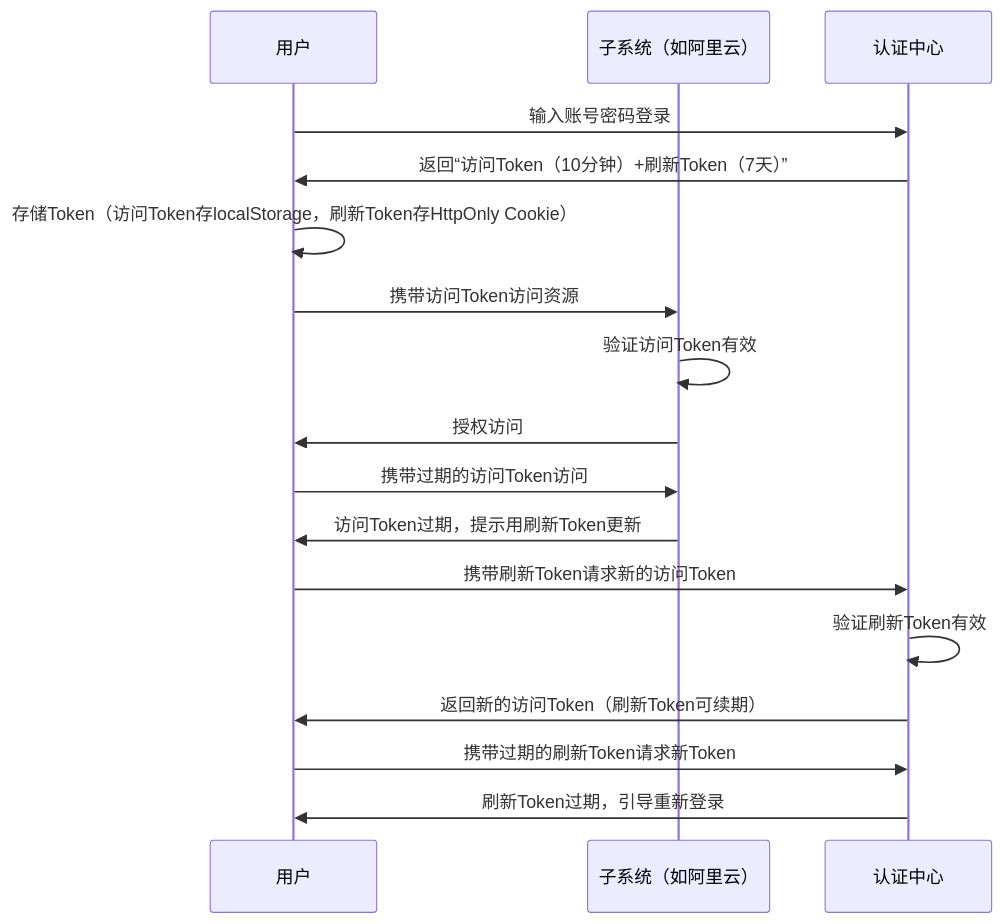
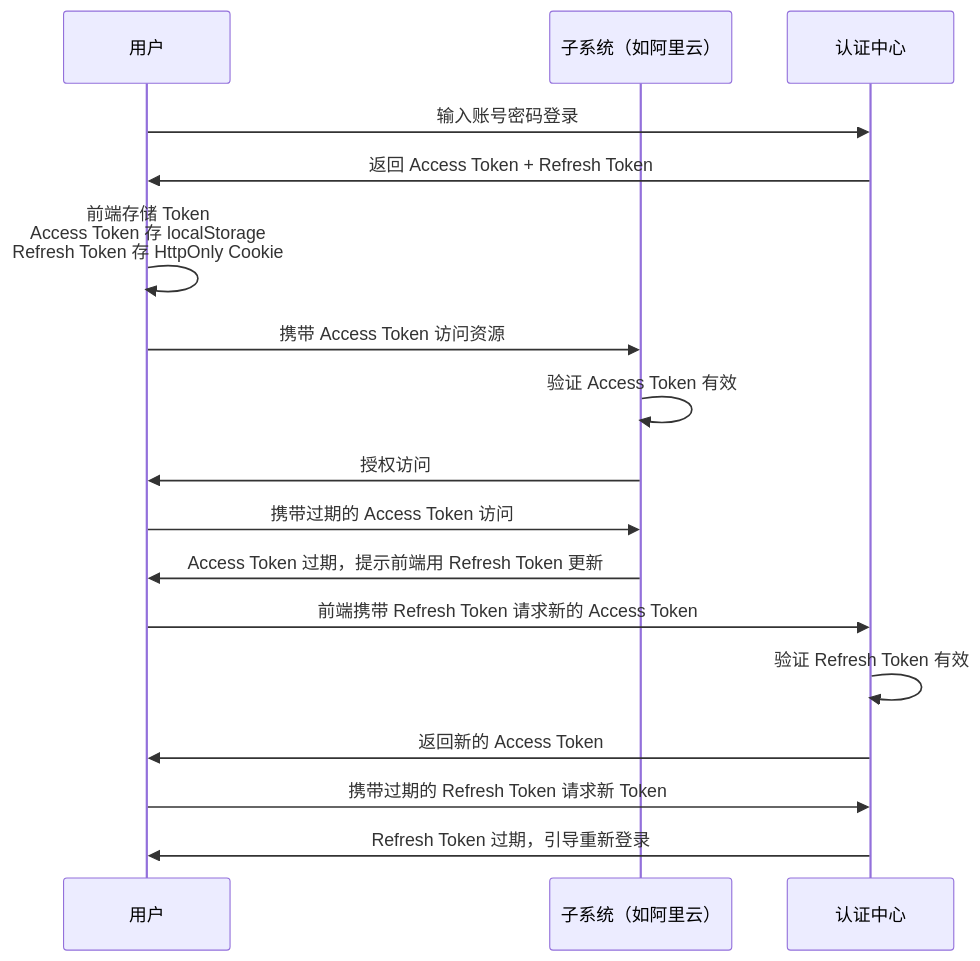
The fourth of 4 diagrams in docs/solution/single-sign-on.md (donghao-doc/donghao-doc.github.io), drawn with Mermaid before and after one commit. The commit also changed other lines of this file, not shown here.

````diff
--- a/docs/solution/single-sign-on.md
+++ b/docs/solution/single-sign-on.md
@@ -88,27 +88,23 @@
 ```mermaid
 sequenceDiagram
     participant User as 用户
     participant SubAliyun as 子系统（如阿里云）
     participant Auth as 认证中心
 
-    %% 1. 首次登录，获取双Token
     User->>Auth: 输入账号密码登录
-    Auth->>User: 返回“访问Token（10分钟）+刷新Token（7天）”
-    User->>User: 存储Token（访问Token存localStorage，刷新Token存HttpOnly Cookie）
+    Auth->>User: 返回 Access Token + Refresh Token
+    User->>User: 前端存储 Token <br> Access Token 存 localStorage <br> Refresh Token 存 HttpOnly Cookie
 
-    %% 2. 日常访问，子系统自行验证访问Token
-    User->>SubAliyun: 携带访问Token访问资源
-    SubAliyun->>SubAliyun: 验证访问Token有效
+    User->>SubAliyun: 携带 Access Token 访问资源
+    SubAliyun->>SubAliyun: 验证 Access Token 有效
     SubAliyun->>User: 授权访问
 
-    %% 3. 访问Token过期，用刷新Token获取新Token
-    User->>SubAliyun: 携带过期的访问Token访问
-    SubAliyun->>User: 访问Token过期，提示用刷新Token更新
-    User->>Auth: 携带刷新Token请求新的访问Token
-    Auth->>Auth: 验证刷新Token有效
-    Auth->>User: 返回新的访问Token（刷新Token可续期）
+    User->>SubAliyun: 携带过期的 Access Token 访问
+    SubAliyun->>User: Access Token 过期，提示前端用 Refresh Token 更新
+    User->>Auth: 前端携带 Refresh Token 请求新的 Access Token
+    Auth->>Auth: 验证 Refresh Token 有效
+    Auth->>User: 返回新的 Access Token
 
-    %% 4. 刷新Token过期，需重新登录
-    User->>Auth: 携带过期的刷新Token请求新Token
-    Auth->>User: 刷新Token过期，引导重新登录
+    User->>Auth: 携带过期的 Refresh Token 请求新 Token
+    Auth->>User: Refresh Token 过期，引导重新登录
 ```
````
